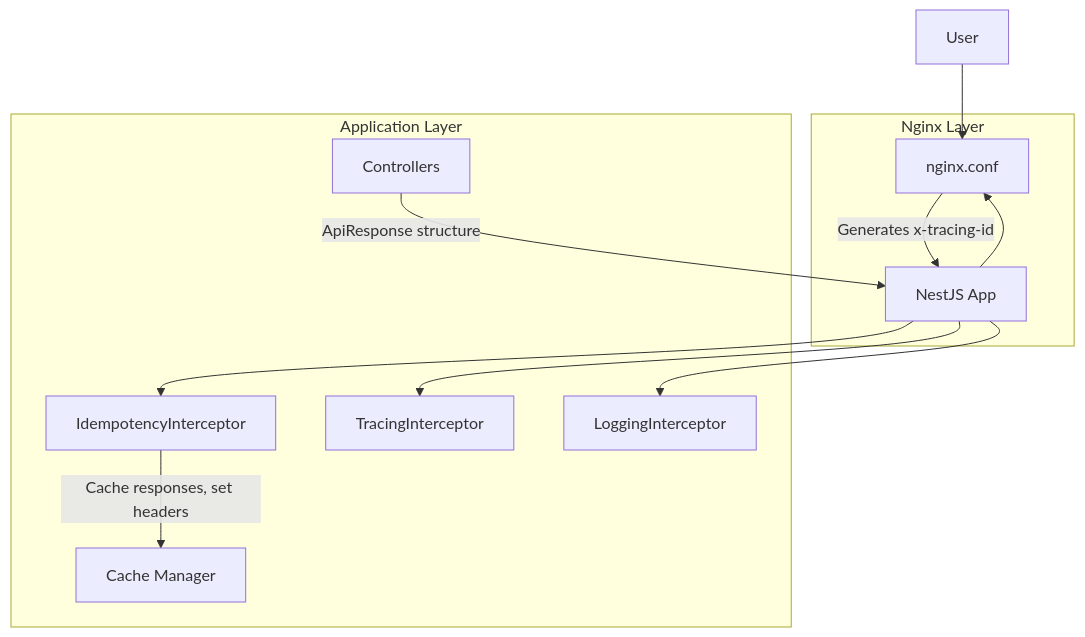
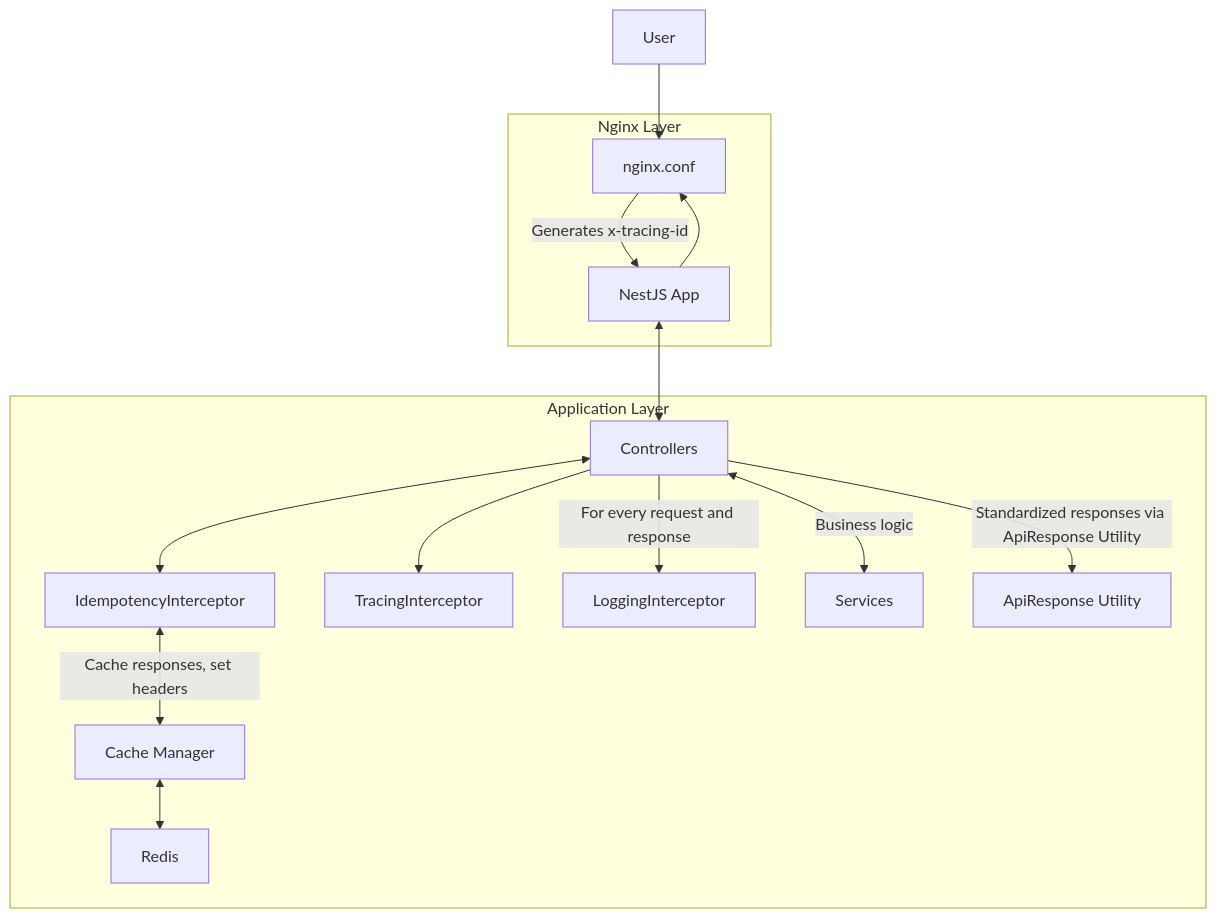
The diagram in README.md (Swapnil-PixArtPrinting/nestjs-telemetry-poc), drawn with Mermaid before and after one commit. The commit also changed other lines of this file and 13 other files, not shown here.

````diff
--- a/README.md
+++ b/README.md
@@ -40,23 +47,29 @@
 ```mermaid
 flowchart TD
     subgraph Nginx Layer
       NGINX[nginx.conf]
       NGINX -- "Generates x-tracing-id" --> APP
     end
     subgraph Application Layer
       APP[NestJS App]
       IDEMPOTENCY[IdempotencyInterceptor]
       TRACING[TracingInterceptor]
       LOGGING[LoggingInterceptor]
       CACHE[Cache Manager]
+      REDIS[Redis]
       CONTROLLERS[Controllers]
-      APP --> IDEMPOTENCY
-      APP --> TRACING
-      APP --> LOGGING
-      IDEMPOTENCY -- "Cache responses, set headers" --> CACHE
-      CONTROLLERS -- "ApiResponse structure" --> APP
+      SERVICES[Services]
+      APIUTIL[ApiResponse Utility]
+      APP <--> CONTROLLERS
+      CONTROLLERS <--> IDEMPOTENCY
+      CONTROLLERS --> TRACING
+      CONTROLLERS -- "For every request and response" --> LOGGING
+      IDEMPOTENCY -- "Cache responses, set headers" <--> CACHE
+      CACHE <--> REDIS
+      CONTROLLERS -- "Standardized responses via ApiResponse Utility" --> APIUTIL
+      CONTROLLERS -- "Business logic" <--> SERVICES
     end
     USER[User]
     USER --> NGINX
     APP --> NGINX
 ```
````
